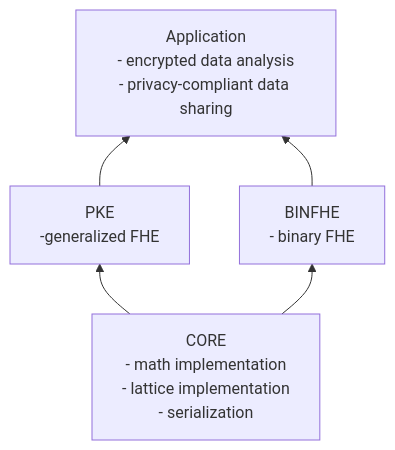
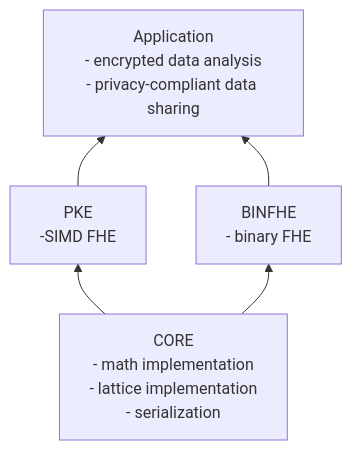
Before and after one commit to openfheorg/openfhe-development: the diagram in src/README.md, drawn with Mermaid. The commit also changed other lines of this file and 4 other files, not shown here.

````diff
--- a/src/README.md
+++ b/src/README.md
@@ -3,7 +3,7 @@
 ```mermaid
 flowchart BT
-    A[CORE<br/>- math implementation<br/>- lattice implementation<br/>- serialization] --> B[PKE<br/> -generalized FHE];
+    A[CORE<br/>- math implementation<br/>- lattice implementation<br/>- serialization] --> B[PKE<br/> -SIMD FHE];
     A --> C[BINFHE<br/>- binary FHE];
     B --> D[Application<br/>- encrypted data analysis<br/>- privacy-compliant data sharing];
     C --> D;
 ```
````
